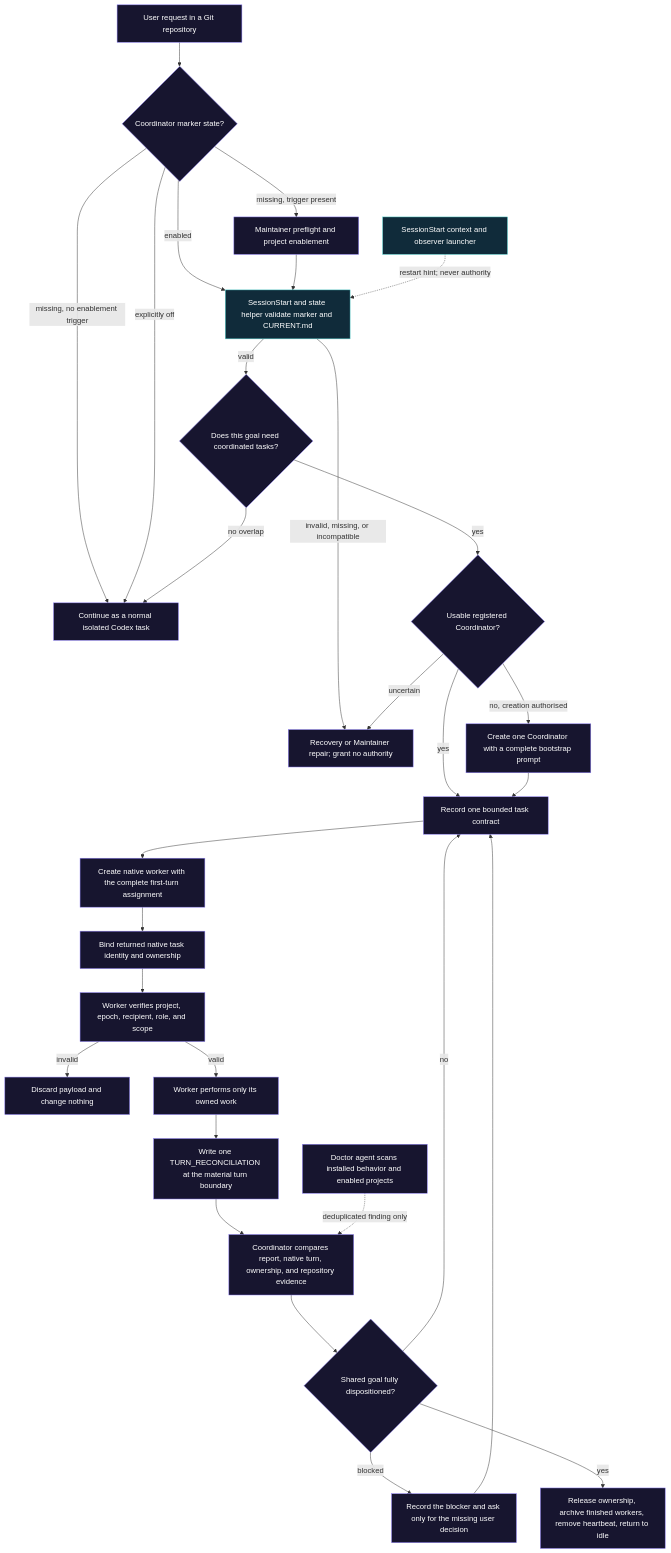
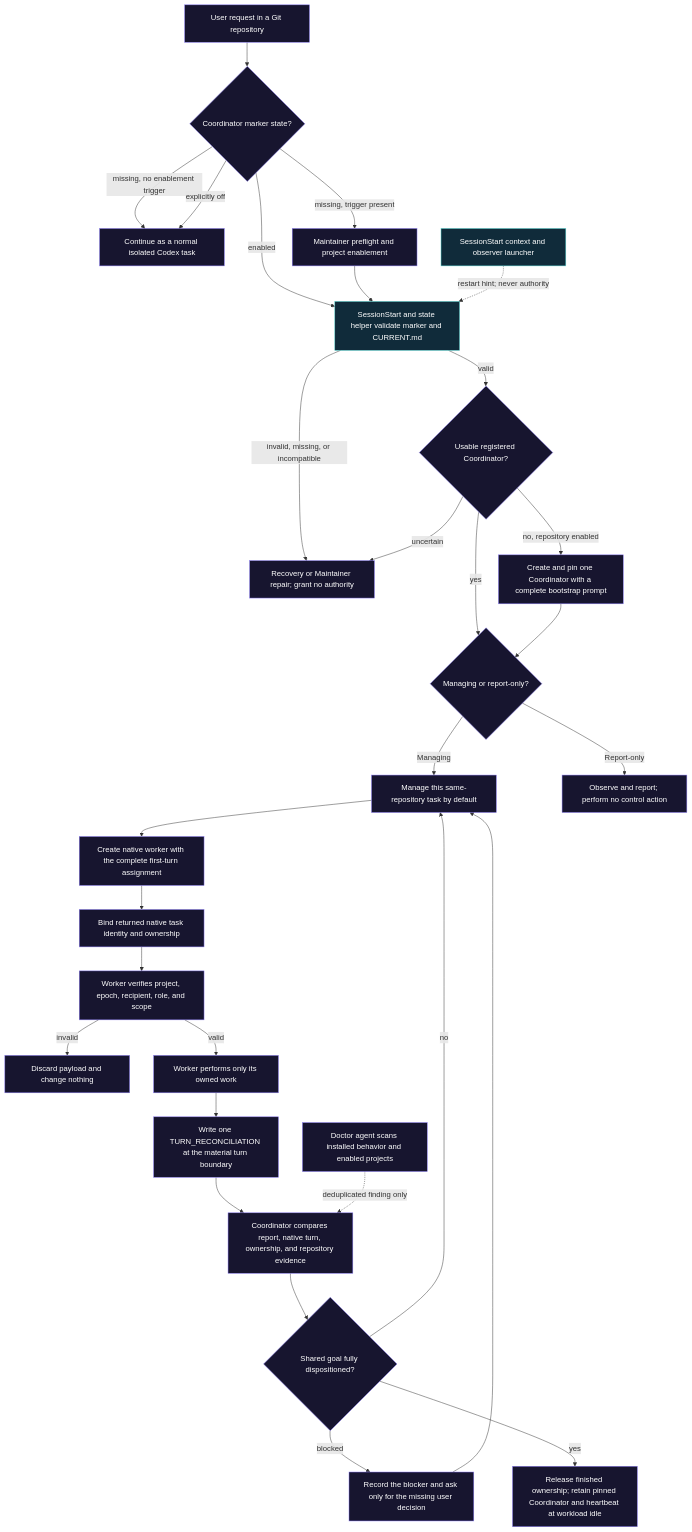
The diagram in docs/codebase/ARCHITECTURE.md (eyeinthesky6/codex-coordinator), drawn with Mermaid before and after one commit. The commit also changed other lines of this file and 29 other files, not shown here.

Commit message:
feat(coordinator): manage enabled repositories by default

````diff
--- a/docs/codebase/ARCHITECTURE.md
+++ b/docs/codebase/ARCHITECTURE.md
@@ -9,39 +9,39 @@
 ```mermaid
 flowchart TD
     request["User request in a Git repository"] --> marker{"Coordinator marker state?"}
     marker -->|"missing, no enablement trigger"| direct["Continue as a normal isolated Codex task"]
     marker -->|"explicitly off"| direct
     marker -->|"missing, trigger present"| install["Maintainer preflight and project enablement"]
     marker -->|"enabled"| stateCheck["SessionStart and state helper validate marker and CURRENT.md"]
     install --> stateCheck
 
     stateCheck -->|"invalid, missing, or incompatible"| repair["Recovery or Maintainer repair; grant no authority"]
-    stateCheck -->|"valid"| coordination{"Does this goal need coordinated tasks?"}
-    coordination -->|"no overlap"| direct
-    coordination -->|"yes"| coordinator{"Usable registered Coordinator?"}
+    stateCheck -->|"valid"| coordinator{"Usable registered Coordinator?"}
     coordinator -->|"uncertain"| repair
-    coordinator -->|"no, creation authorised"| bootstrap["Create one Coordinator with a complete bootstrap prompt"]
-    coordinator -->|"yes"| contract["Record one bounded task contract"]
-    bootstrap --> contract
+    coordinator -->|"no, repository enabled"| bootstrap["Create and pin one Coordinator with a complete bootstrap prompt"]
+    coordinator -->|"yes"| mode{"Managing or report-only?"}
+    bootstrap --> mode
+    mode -->|"Managing"| contract["Manage this same-repository task by default"]
+    mode -->|"Report-only"| observe["Observe and report; perform no control action"]
 
     contract --> create["Create native worker with the complete first-turn assignment"]
     create --> bind["Bind returned native task identity and ownership"]
     bind --> routeCheck["Worker verifies project, epoch, recipient, role, and scope"]
     routeCheck -->|"invalid"| discard["Discard payload and change nothing"]
     routeCheck -->|"valid"| work["Worker performs only its owned work"]
     work --> report["Write one TURN_RECONCILIATION at the material turn boundary"]
     report --> reconcile["Coordinator compares report, native turn, ownership, and repository evidence"]
     reconcile --> terminal{"Shared goal fully dispositioned?"}
     terminal -->|"no"| contract
     terminal -->|"blocked"| decision["Record the blocker and ask only for the missing user decision"]
     decision --> contract
-    terminal -->|"yes"| finish["Release ownership, archive finished workers, remove heartbeat, return to idle"]
+    terminal -->|"yes"| finish["Release finished ownership; retain pinned Coordinator and heartbeat at workload idle"]
 
     doctor["Doctor agent scans installed behavior and enabled projects"] -. "deduplicated finding only" .-> reconcile
     hook["SessionStart context and observer launcher"] -. "restart hint; never authority" .-> stateCheck
 
     classDef instruction fill:#17152f,stroke:#8b7cf6,color:#ffffff;
     classDef executable fill:#102b3a,stroke:#56d6d2,color:#ffffff;
-    class request,marker,direct,install,repair,coordination,coordinator,bootstrap,contract,create,bind,routeCheck,discard,work,report,reconcile,terminal,decision,finish,doctor instruction;
+    class request,marker,direct,install,repair,coordinator,bootstrap,mode,contract,observe,create,bind,routeCheck,discard,work,report,reconcile,terminal,decision,finish,doctor instruction;
     class stateCheck,hook executable;
 ```
````
